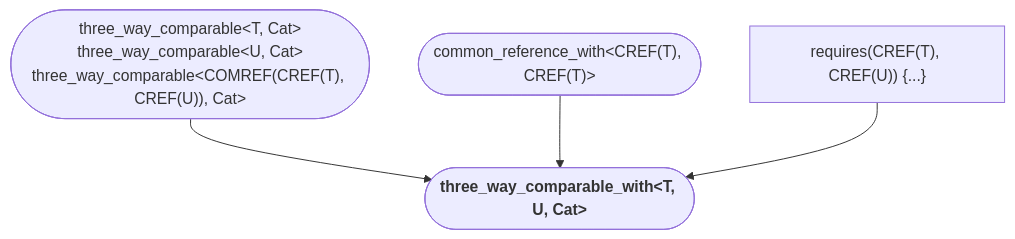
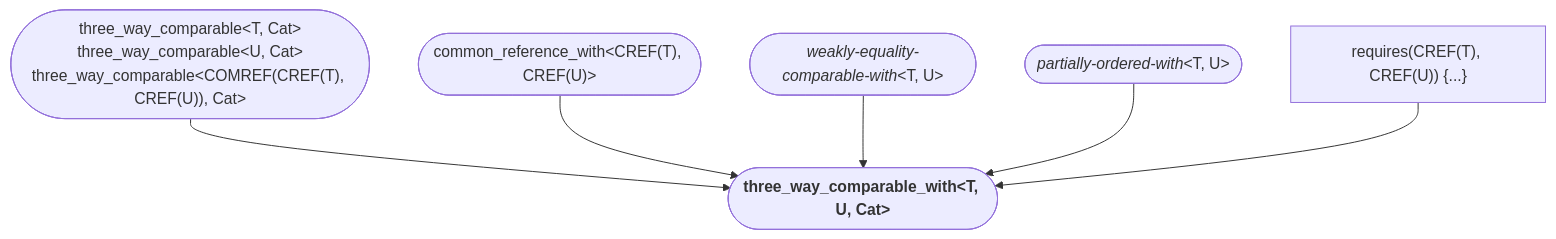
One commit to yohhoy/cpp-concepts changed diagram 22 of 22 in README.md. Above: the diagram before and after it, drawn with Mermaid.

Commit message:
fix three_way_comparable_with

````diff
--- a/README.md
+++ b/README.md
@@ -253,7 +253,9 @@
 ```mermaid
 graph TD
     %% std::three_way_comparable_with<T, U, Cat>
     three_way_comparable(["three_way_comparable&lt;T, Cat&gt;<br>three_way_comparable&lt;U, Cat&gt;<br>three_way_comparable&lt;COMREF(CREF(T), CREF(U)), Cat&gt;"]) --> three_way_comparable_with(["<b>three_way_comparable_with&lt;T, U, Cat&gt;</b>"])
-    common_reference_with(["common_reference_with&lt;CREF(T), CREF(T)&gt;"]) --> three_way_comparable_with
+    common_reference_with(["common_reference_with&lt;CREF(T), CREF(U)&gt;"]) --> three_way_comparable_with
+    weakly-equality-comparable-with(["<i>weakly-equality-comparable-with</i>&lt;T, U&gt;"]) --> three_way_comparable_with
+    partially-ordered-with(["<i>partially-ordered-with</i>&lt;T, U&gt;"]) --> three_way_comparable_with
     AC["requires(CREF(T), CREF(U)) {...}"] --> three_way_comparable_with
 ```
````
